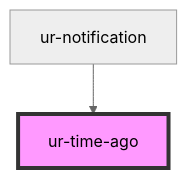
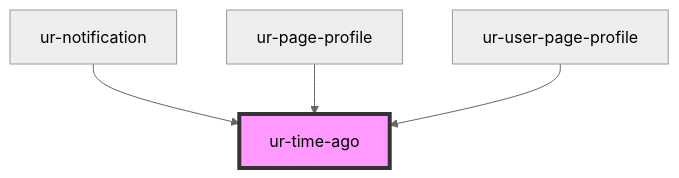
One commit to hellish/urnovl-web-components changed the diagram in src/components/ur-time-ago/readme.md. Above: the diagram before and after it, drawn with Mermaid (neutral theme). The commit also changed other lines of this file and 15 other files, not shown here.

Commit message:
Fix user profile fix page profile

````diff
--- a/src/components/ur-time-ago/readme.md
+++ b/src/components/ur-time-ago/readme.md
@@ -29,5 +31,7 @@
 ```mermaid
 graph TD;
   ur-notification --> ur-time-ago
+  ur-page-profile --> ur-time-ago
+  ur-user-page-profile --> ur-time-ago
   style ur-time-ago fill:#f9f,stroke:#333,stroke-width:4px
 ```
````
